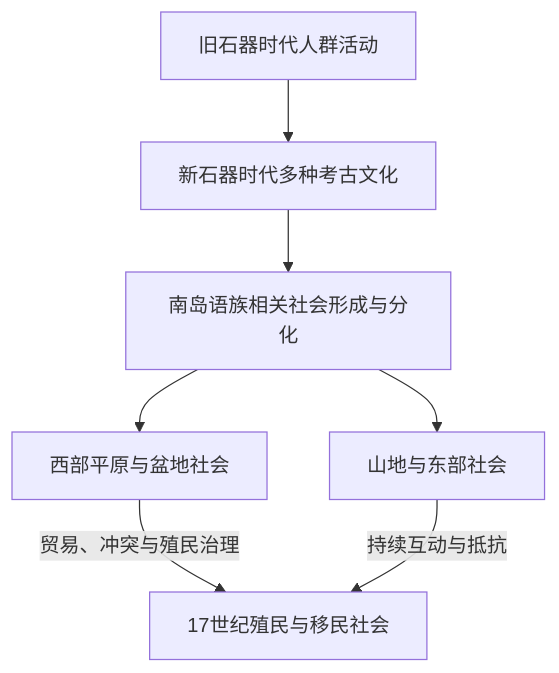
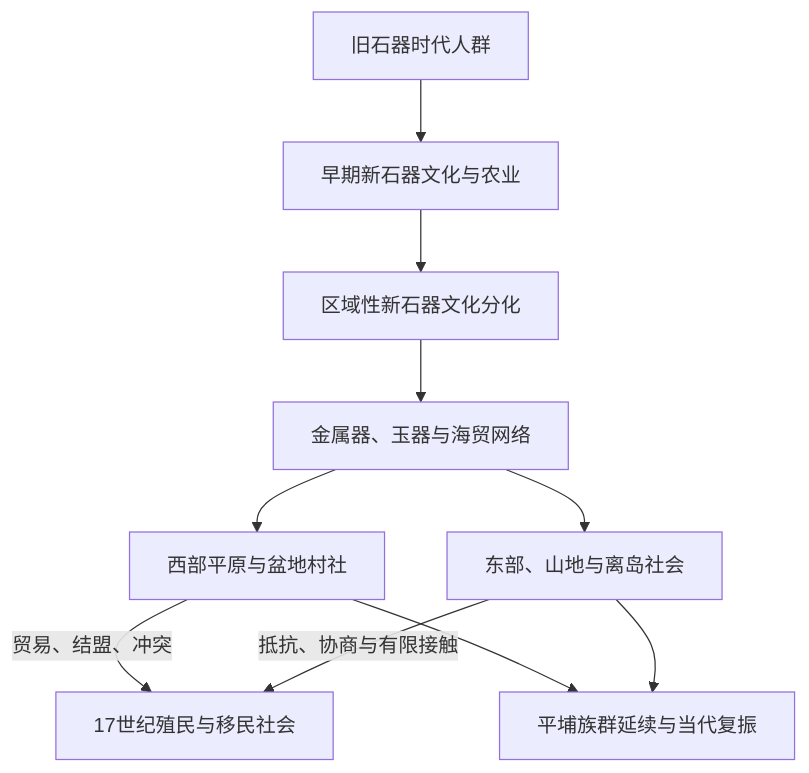
Before and after one commit to tianlan-dev/learning-notes: the diagram in 人文科学/历史/东亚/中国/台湾/史前与原住民族社会.md, drawn with Mermaid. The commit also changed other lines of this file and 1417 other files, not shown here.

````diff
--- a/人文科学/历史/东亚/中国/台湾/史前与原住民族社会.md
+++ b/人文科学/历史/东亚/中国/台湾/史前与原住民族社会.md
@@ -28,9 +56,12 @@
 ```mermaid
 flowchart TD
-    Paleolithic["旧石器时代人群活动"] --> Neolithic["新石器时代多种考古文化"]
-    Neolithic --> Austronesian["南岛语族相关社会形成与分化"]
-    Austronesian --> Plains["西部平原与盆地社会"]
-    Austronesian --> MountainEast["山地与东部社会"]
-    Plains -->|贸易、冲突与殖民治理| Colonial["17世纪殖民与移民社会"]
-    MountainEast -->|持续互动与抵抗| Colonial
+    Pale["旧石器时代人群"] --> EarlyNeo["早期新石器文化与农业"]
+    EarlyNeo --> Regional["区域性新石器文化分化"]
+    Regional --> Metal["金属器、玉器与海贸网络"]
+    Metal --> Plains["西部平原与盆地村社"]
+    Metal --> EastMountain["东部、山地与离岛社会"]
+    Plains -->|贸易、结盟、冲突| Colonial["17世纪殖民与移民社会"]
+    EastMountain -->|抵抗、协商与有限接触| Colonial
+    Plains --> Revival["平埔族群延续与当代复振"]
+    EastMountain --> Revival
 ```
````
